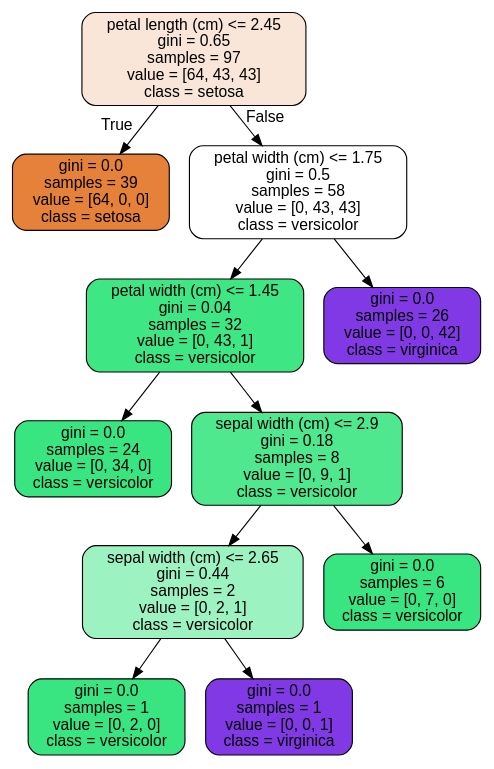
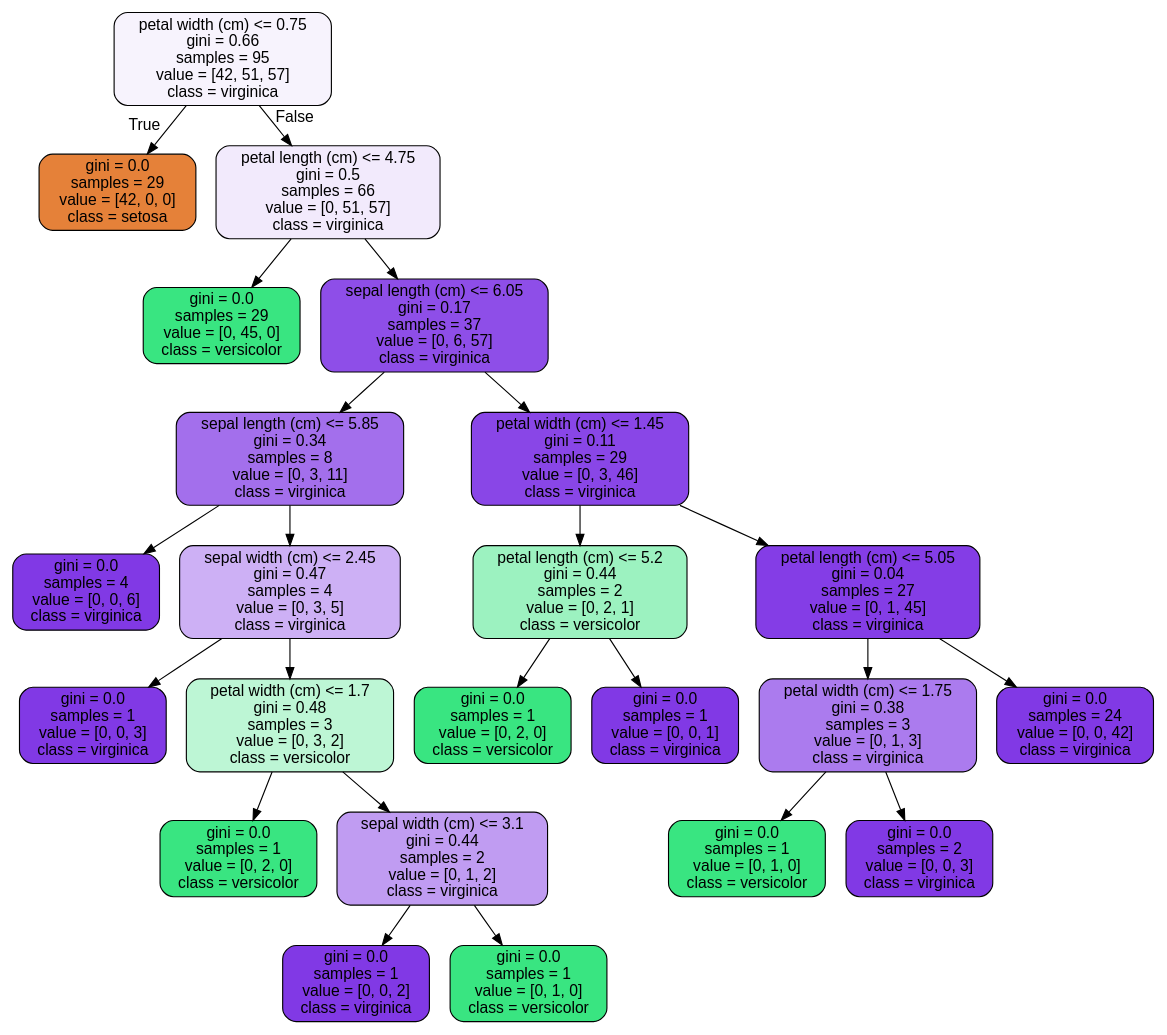
The diagram in 1593492590_RandomForest_Covid_Case_Study_06302020/RandomForest Covid Case Study_06302020/tree.dot (parthyadav13/Mini-Projects), drawn with Graphviz before and after one commit. The commit also changed 4 other files, not shown here.

```diff
--- a/1593492590_RandomForest_Covid_Case_Study_06302020/RandomForest Covid Case Study_06302020/tree.dot
+++ b/1593492590_RandomForest_Covid_Case_Study_06302020/RandomForest Covid Case Study_06302020/tree.dot
@@ -1,25 +1,49 @@
 digraph Tree {
 node [shape=box, style="filled, rounded", color="black", fontname=helvetica] ;
 edge [fontname=helvetica] ;
-0 [label="petal length (cm) <= 2.45\ngini = 0.65\nsamples = 97\nvalue = [64, 43, 43]\nclass = setosa", fillcolor="#fae6d8"] ;
-1 [label="gini = 0.0\nsamples = 39\nvalue = [64, 0, 0]\nclass = setosa", fillcolor="#e58139"] ;
+0 [label="petal width (cm) <= 0.75\ngini = 0.66\nsamples = 95\nvalue = [42, 51, 57]\nclass = virginica", fillcolor="#f7f3fd"] ;
+1 [label="gini = 0.0\nsamples = 29\nvalue = [42, 0, 0]\nclass = setosa", fillcolor="#e58139"] ;
 0 -> 1 [labeldistance=2.5, labelangle=45, headlabel="True"] ;
-2 [label="petal width (cm) <= 1.75\ngini = 0.5\nsamples = 58\nvalue = [0, 43, 43]\nclass = versicolor", fillcolor="#ffffff"] ;
+2 [label="petal length (cm) <= 4.75\ngini = 0.5\nsamples = 66\nvalue = [0, 51, 57]\nclass = virginica", fillcolor="#f2eafc"] ;
 0 -> 2 [labeldistance=2.5, labelangle=-45, headlabel="False"] ;
-3 [label="petal width (cm) <= 1.45\ngini = 0.04\nsamples = 32\nvalue = [0, 43, 1]\nclass = versicolor", fillcolor="#3ee684"] ;
+3 [label="gini = 0.0\nsamples = 29\nvalue = [0, 45, 0]\nclass = versicolor", fillcolor="#39e581"] ;
 2 -> 3 ;
-4 [label="gini = 0.0\nsamples = 24\nvalue = [0, 34, 0]\nclass = versicolor", fillcolor="#39e581"] ;
-3 -> 4 ;
-5 [label="sepal width (cm) <= 2.9\ngini = 0.18\nsamples = 8\nvalue = [0, 9, 1]\nclass = versicolor", fillcolor="#4fe88f"] ;
-3 -> 5 ;
-6 [label="sepal width (cm) <= 2.65\ngini = 0.44\nsamples = 2\nvalue = [0, 2, 1]\nclass = versicolor", fillcolor="#9cf2c0"] ;
+4 [label="sepal length (cm) <= 6.05\ngini = 0.17\nsamples = 37\nvalue = [0, 6, 57]\nclass = virginica", fillcolor="#8e4ee8"] ;
+2 -> 4 ;
+5 [label="sepal length (cm) <= 5.85\ngini = 0.34\nsamples = 8\nvalue = [0, 3, 11]\nclass = virginica", fillcolor="#a36fec"] ;
+4 -> 5 ;
+6 [label="gini = 0.0\nsamples = 4\nvalue = [0, 0, 6]\nclass = virginica", fillcolor="#8139e5"] ;
 5 -> 6 ;
-7 [label="gini = 0.0\nsamples = 1\nvalue = [0, 2, 0]\nclass = versicolor", fillcolor="#39e581"] ;
-6 -> 7 ;
-8 [label="gini = 0.0\nsamples = 1\nvalue = [0, 0, 1]\nclass = virginica", fillcolor="#8139e5"] ;
-6 -> 8 ;
-9 [label="gini = 0.0\nsamples = 6\nvalue = [0, 7, 0]\nclass = versicolor", fillcolor="#39e581"] ;
-5 -> 9 ;
-10 [label="gini = 0.0\nsamples = 26\nvalue = [0, 0, 42]\nclass = virginica", fillcolor="#8139e5"] ;
-2 -> 10 ;
+7 [label="sepal width (cm) <= 2.45\ngini = 0.47\nsamples = 4\nvalue = [0, 3, 5]\nclass = virginica", fillcolor="#cdb0f5"] ;
+5 -> 7 ;
+8 [label="gini = 0.0\nsamples = 1\nvalue = [0, 0, 3]\nclass = virginica", fillcolor="#8139e5"] ;
+7 -> 8 ;
+9 [label="petal width (cm) <= 1.7\ngini = 0.48\nsamples = 3\nvalue = [0, 3, 2]\nclass = versicolor", fillcolor="#bdf6d5"] ;
+7 -> 9 ;
+10 [label="gini = 0.0\nsamples = 1\nvalue = [0, 2, 0]\nclass = versicolor", fillcolor="#39e581"] ;
+9 -> 10 ;
+11 [label="sepal width (cm) <= 3.1\ngini = 0.44\nsamples = 2\nvalue = [0, 1, 2]\nclass = virginica", fillcolor="#c09cf2"] ;
+9 -> 11 ;
+12 [label="gini = 0.0\nsamples = 1\nvalue = [0, 0, 2]\nclass = virginica", fillcolor="#8139e5"] ;
+11 -> 12 ;
+13 [label="gini = 0.0\nsamples = 1\nvalue = [0, 1, 0]\nclass = versicolor", fillcolor="#39e581"] ;
+11 -> 13 ;
+14 [label="petal width (cm) <= 1.45\ngini = 0.11\nsamples = 29\nvalue = [0, 3, 46]\nclass = virginica", fillcolor="#8946e7"] ;
+4 -> 14 ;
+15 [label="petal length (cm) <= 5.2\ngini = 0.44\nsamples = 2\nvalue = [0, 2, 1]\nclass = versicolor", fillcolor="#9cf2c0"] ;
+14 -> 15 ;
+16 [label="gini = 0.0\nsamples = 1\nvalue = [0, 2, 0]\nclass = versicolor", fillcolor="#39e581"] ;
+15 -> 16 ;
+17 [label="gini = 0.0\nsamples = 1\nvalue = [0, 0, 1]\nclass = virginica", fillcolor="#8139e5"] ;
+15 -> 17 ;
+18 [label="petal length (cm) <= 5.05\ngini = 0.04\nsamples = 27\nvalue = [0, 1, 45]\nclass = virginica", fillcolor="#843de6"] ;
+14 -> 18 ;
+19 [label="petal width (cm) <= 1.75\ngini = 0.38\nsamples = 3\nvalue = [0, 1, 3]\nclass = virginica", fillcolor="#ab7bee"] ;
+18 -> 19 ;
+20 [label="gini = 0.0\nsamples = 1\nvalue = [0, 1, 0]\nclass = versicolor", fillcolor="#39e581"] ;
+19 -> 20 ;
+21 [label="gini = 0.0\nsamples = 2\nvalue = [0, 0, 3]\nclass = virginica", fillcolor="#8139e5"] ;
+19 -> 21 ;
+22 [label="gini = 0.0\nsamples = 24\nvalue = [0, 0, 42]\nclass = virginica", fillcolor="#8139e5"] ;
+18 -> 22 ;
 }
```
